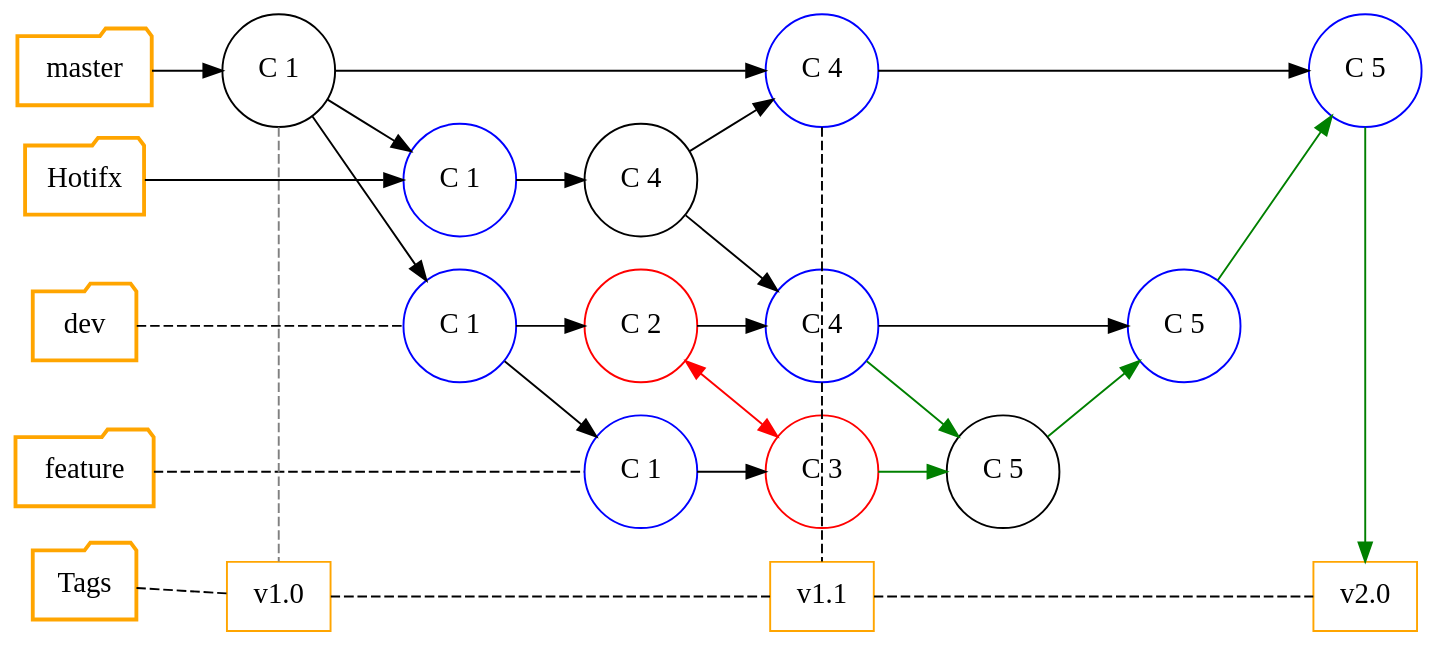
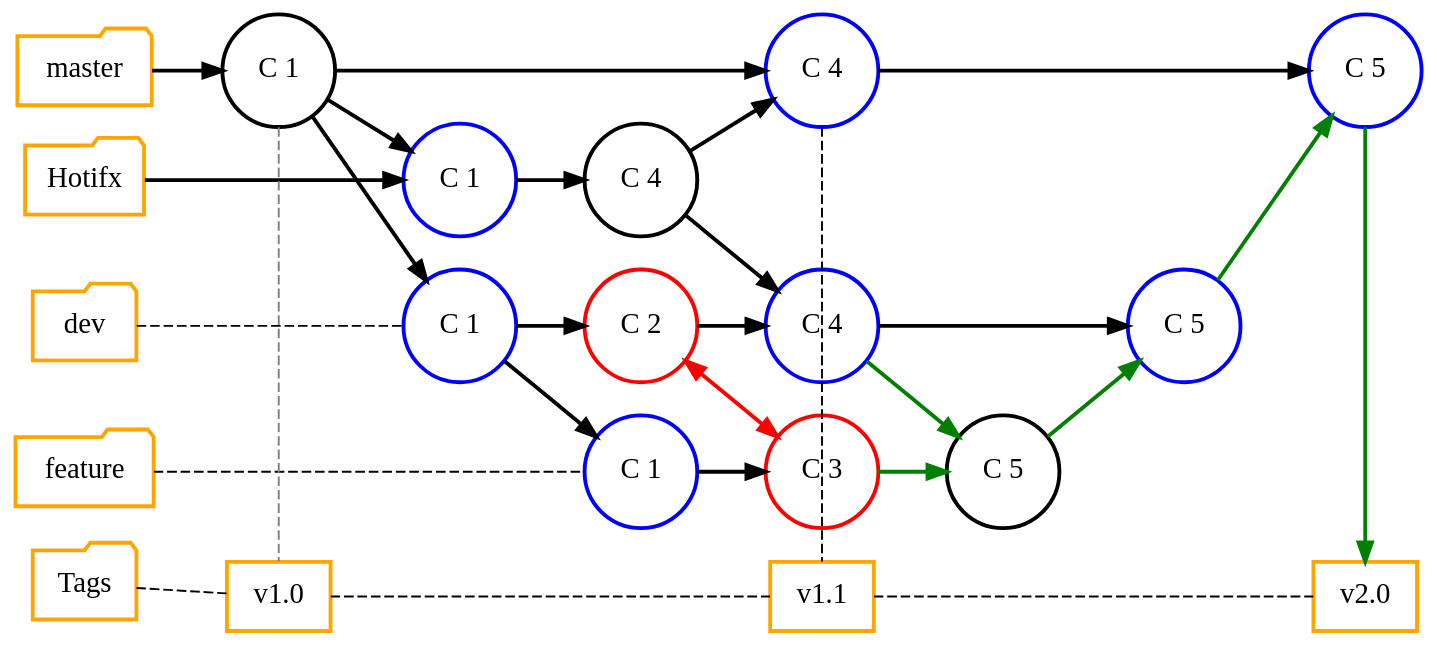
The diagram in slides/intro/src/docs/asciidoc/graphviz/git-scenario-7.dot (Gepardec/git-training), drawn with Graphviz before and after one commit. The commit also changed 31 other files, not shown here.

Commit message:
Removed unused graphviz files. Modified all graphviz graphs to use bold nodes and arrows. Little changes in slides

```diff
--- a/slides/intro/src/docs/asciidoc/graphviz/git-scenario-7.dot
+++ b/slides/intro/src/docs/asciidoc/graphviz/git-scenario-7.dot
@@ -1,76 +1,78 @@
 digraph git_scenario_7 {
     splines=line
     rankdir="LR"
     bgcolor="transparent"
+
+    edge[style=bold]
 
     /* Nodes representing the branches */
     node[ fontsize=15.0,style="bold", shape=folder, color=orange]
     master [group="master"]
     hotfix [label="Hotifx", group="hotfix"]
     dev [group="dev"]
     feature [label="feature", group="feature"]
     tags [label="Tags", group="tags"]
 
     /* Nodes representing commit */
-    node[ fontsize=15.0,style="",shape=circle, color=""]
+    node[ fontsize=15.0,shape=circle, color=""]
     C_1[label="C 1", group="master"]
     C_2[label="C 2", group="dev", color="red"]
     C_3[label="C 3", group="feature", color=red]
     C_4[label="C 4", group="hotfix"]
     C_5[label="C 5", group="feature"]
 
     /* Nodes representing pointer */
     node[color="blue"]
     C_1_D [label="C 1", group="dev"]
     C_4_D [label="C 4", group="dev"]
     C_5_D [label="C 5", group="dev"]
     C_4_M [label="C 4", group="master"]
     C_5_M [label="C 5", group="master"]
     C_1_F_1 [label="C 1", group="feature"]
     C_1_H_1 [label="C 1", group="hotfix"]
 
     /* Nodes representing Tags */
-    node[shape=rect,fontsize=15.0, style="", color=orange]
+    node[shape=rect,fontsize=15.0,color=orange]
     T_1 [label="v1.0", group="release"]
     T_2 [label="v1.1", group="release"]
     T_3 [label="v2.0", group="release"]
 
     /* Define master branch commits */
     master -> C_1 -> C_4_M -> C_5_M
     feature -> C_1_F_1 [arrowhead=none,style="dashed"]
     dev -> C_1_D [arrowhead=none,style="dashed"]
     tags -> T_1 -> T_2 -> T_3 [arrowhead=none,style="dashed"]
     hotfix -> C_1_H_1
     C_4_M -> T_2 [arrowhead=none,style="dashed"]
     C_4_D -> C_5_D
     C_2 -> C_4_D
 
 
     /* 1. inter branch commit */
     C_1 -> C_1_D -> C_1_F_1
     C_1 -> C_1_H_1 -> C_4 -> { C_4_M C_4_D }
     C_1_D -> C_2
     C_1_F_1 -> C_3
     C_3 -> C_5 [color=green]
     C_4_D -> C_5 -> C_5_D -> C_5_M [color=green]
     C_5_M -> T_3 [color=green]
 
     edge[arrowhead=none, style=dashed, color="gray"]
     C_1 -> T_1
 
     /* 2. Conflicts */
-    edge[arrowhead="", dir=both, style="", color="red"]
+    edge[arrowhead="", dir=both, style=bold, color="red"]
     C_2 -> C_3
 
     /* Connect branches with invis edges, to declare ordering this way */
     edge[style=invis]
     master -> hotfix -> dev -> feature -> tags
 
     {rank=same; C_1 T_1 }
     {rank=same; C_1_H_1 C_1_D }
     {rank=same; C_2 C_4 C_1_F_1}
     {rank=same; C_3 C_4_D }
     {rank=same; C_4_M T_2 }
     {rank=same; C_5_M T_3 }
     {rank=same; master hotfix dev feature tags}
 }
```
